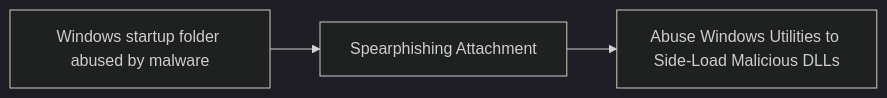
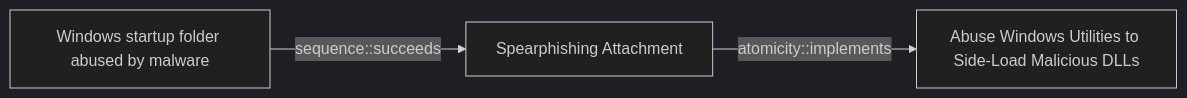
The diagram in docs/threats/windows-startup-folder-abused-by-malware.md (opentidehq/library), drawn with Mermaid (dark theme) before and after one commit. The commit also changed other lines of this file and 277 other files, not shown here.

````diff
--- a/docs/threats/windows-startup-folder-abused-by-malware.md
+++ b/docs/threats/windows-startup-folder-abused-by-malware.md
@@ -69,8 +112,8 @@
 ```mermaid
 flowchart LR
 cce22952_735a_4255_8319_e5e44aef9d85["Windows startup folder abused by malware"]
 dd5d942c_bac4_4000_b9a6_ca4fef6cfb84["Spearphishing Attachment"]
 86f62c3a_6556_4a64_a9f5_a79168ad42d9["Abuse Windows Utilities to Side-Load Malicious DLLs"]
-cce22952_735a_4255_8319_e5e44aef9d85 --> dd5d942c_bac4_4000_b9a6_ca4fef6cfb84
-dd5d942c_bac4_4000_b9a6_ca4fef6cfb84 --> 86f62c3a_6556_4a64_a9f5_a79168ad42d9
+cce22952_735a_4255_8319_e5e44aef9d85 -->|sequence::succeeds| dd5d942c_bac4_4000_b9a6_ca4fef6cfb84
+dd5d942c_bac4_4000_b9a6_ca4fef6cfb84 -->|atomicity::implements| 86f62c3a_6556_4a64_a9f5_a79168ad42d9
 ```
````
